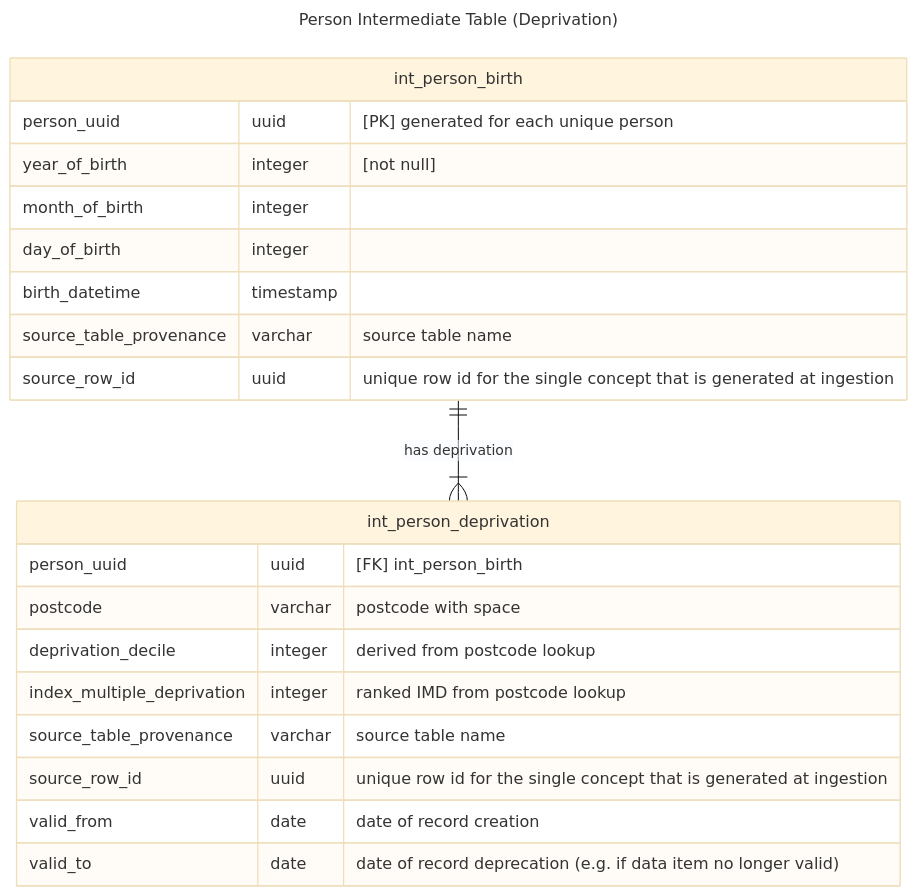
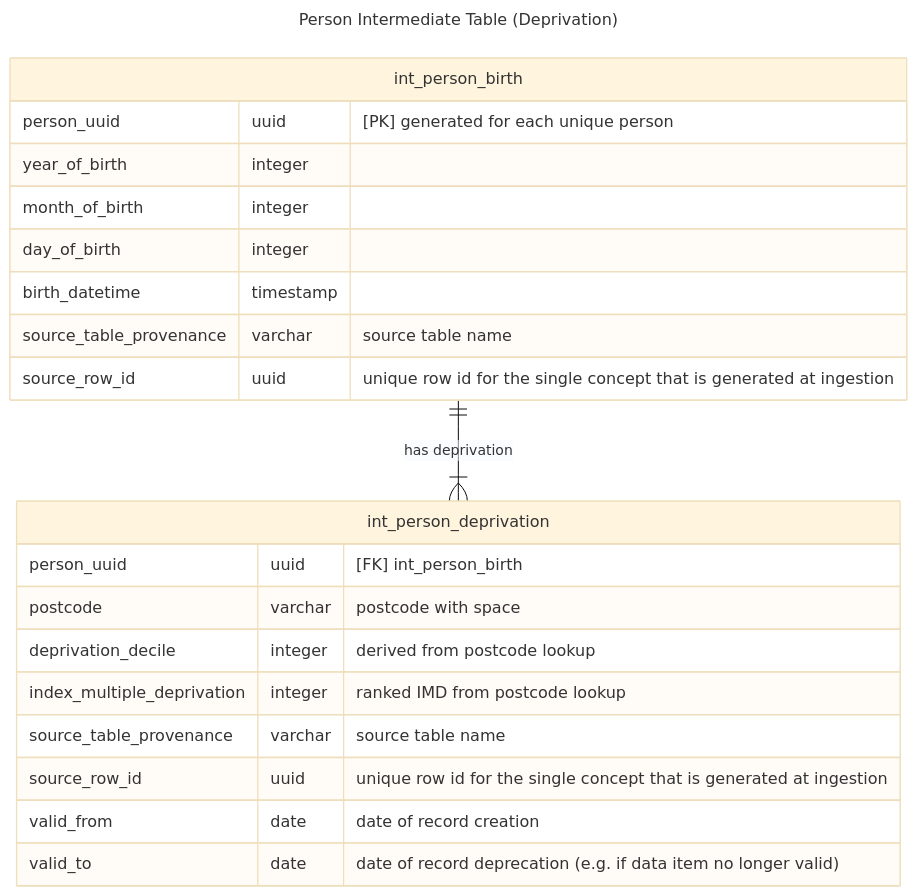
Before and after one commit to d3london/sde_aic_external_docs: the third of 5 diagrams in src/pages/data_model/cdm_person.qmd, drawn with Mermaid (base theme). The commit also changed other lines of this file and 2 other files, not shown here.

````diff
--- a/src/pages/data_model/cdm_person.qmd
+++ b/src/pages/data_model/cdm_person.qmd
@@ -88,26 +92,26 @@
 ```{mermaid}
 ---
 title: Person Intermediate Table (Deprivation)
 ---
 erDiagram
     int_person_birth {
         person_uuid uuid "[PK] generated for each unique person"
-        year_of_birth integer "[not null]"
+        year_of_birth integer
         month_of_birth integer
         day_of_birth integer
         birth_datetime timestamp
         source_table_provenance varchar "source table name"
         source_row_id uuid "unique row id for the single concept that is generated at ingestion"
     }
     int_person_birth ||--|{ int_person_deprivation : "has deprivation"
         int_person_deprivation {
         person_uuid uuid "[FK] int_person_birth"
         postcode varchar "postcode with space"
         deprivation_decile integer "derived from postcode lookup"        
         index_multiple_deprivation integer "ranked IMD from postcode lookup"
         source_table_provenance varchar "source table name"
         source_row_id uuid "unique row id for the single concept that is generated at ingestion"
         valid_from date "date of record creation"
         valid_to date "date of record deprecation (e.g. if data item no longer valid)"
     }
 ```
````
